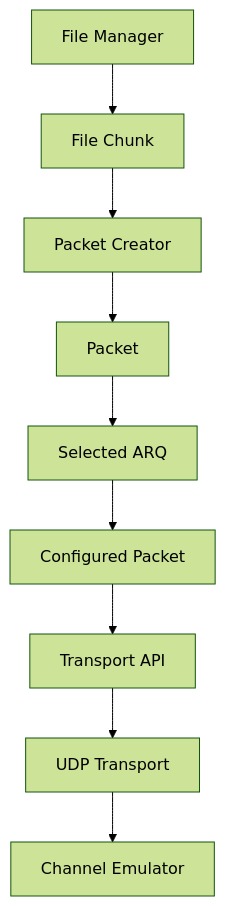
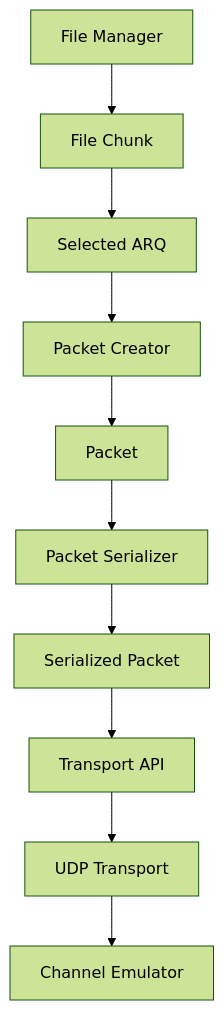
One commit to Siddharth-Nath-06/Reliable-UDP changed the third of 8 diagrams in docs/architecture.md. Above: the diagram before and after it, drawn with Mermaid (forest theme). The commit also changed other lines of this file, not shown here.

Commit message:
correct data flow of packet creation

````diff
--- a/docs/architecture.md
+++ b/docs/architecture.md
@@ -132,22 +137,24 @@
 ```mermaid
 flowchart TD
 
     A[File Manager]
     B[File Chunk]
-    C[Packet Creator]
-    D[Packet]
-    E[Selected ARQ]
-    F[Configured Packet]
-    G[Transport API]
-    H[UDP Transport]
-    I[Channel Emulator]
+    C[Selected ARQ]
+    D[Packet Creator]
+    E[Packet]
+    F[Packet Serializer]
+    G[Serialized Packet]
+    H[Transport API]
+    I[UDP Transport]
+    J[Channel Emulator]
 
     A --> B
     B --> C
     C --> D
     D --> E
     E --> F
     F --> G
     G --> H
     H --> I
+    I --> J
 ```
````
